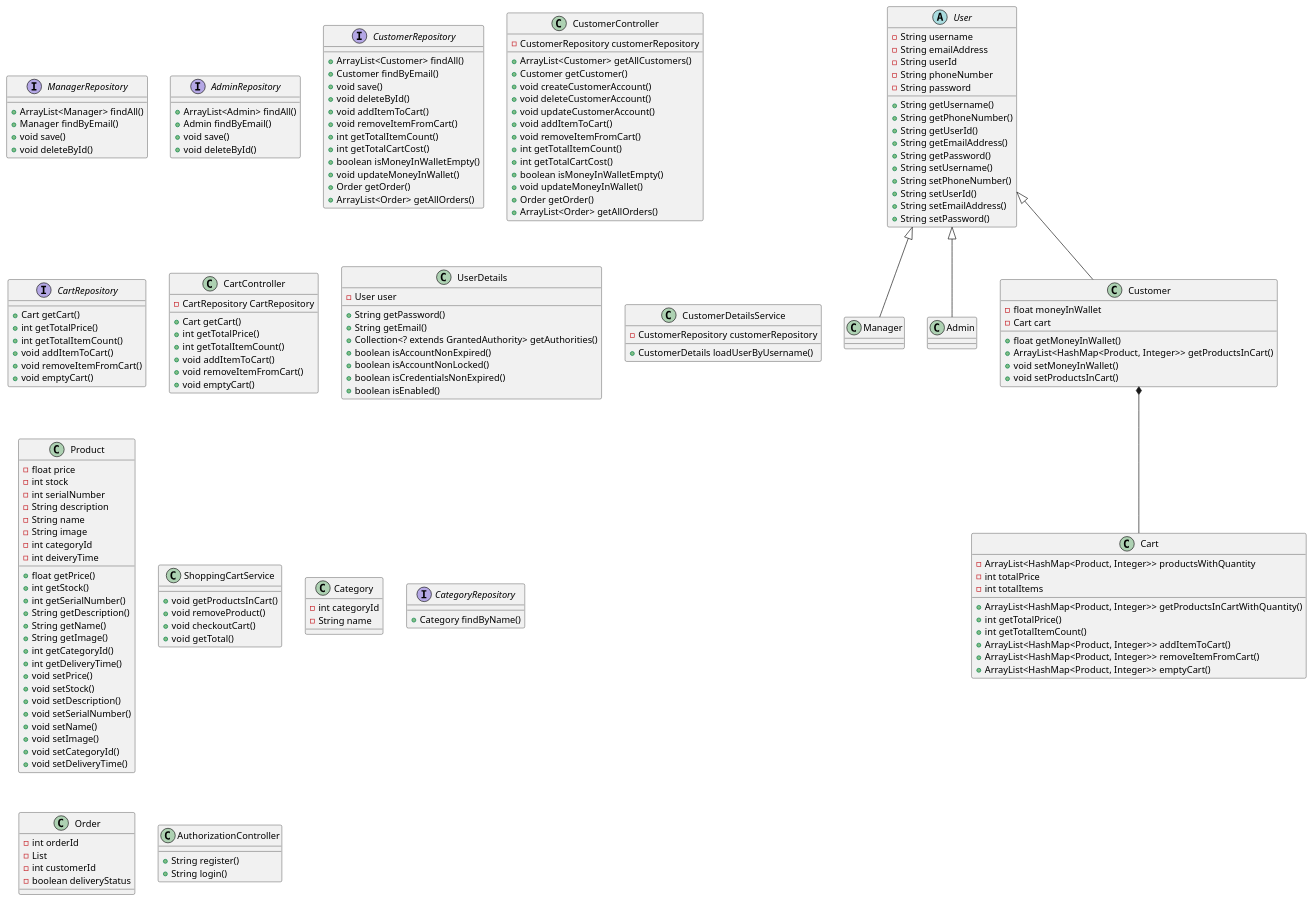
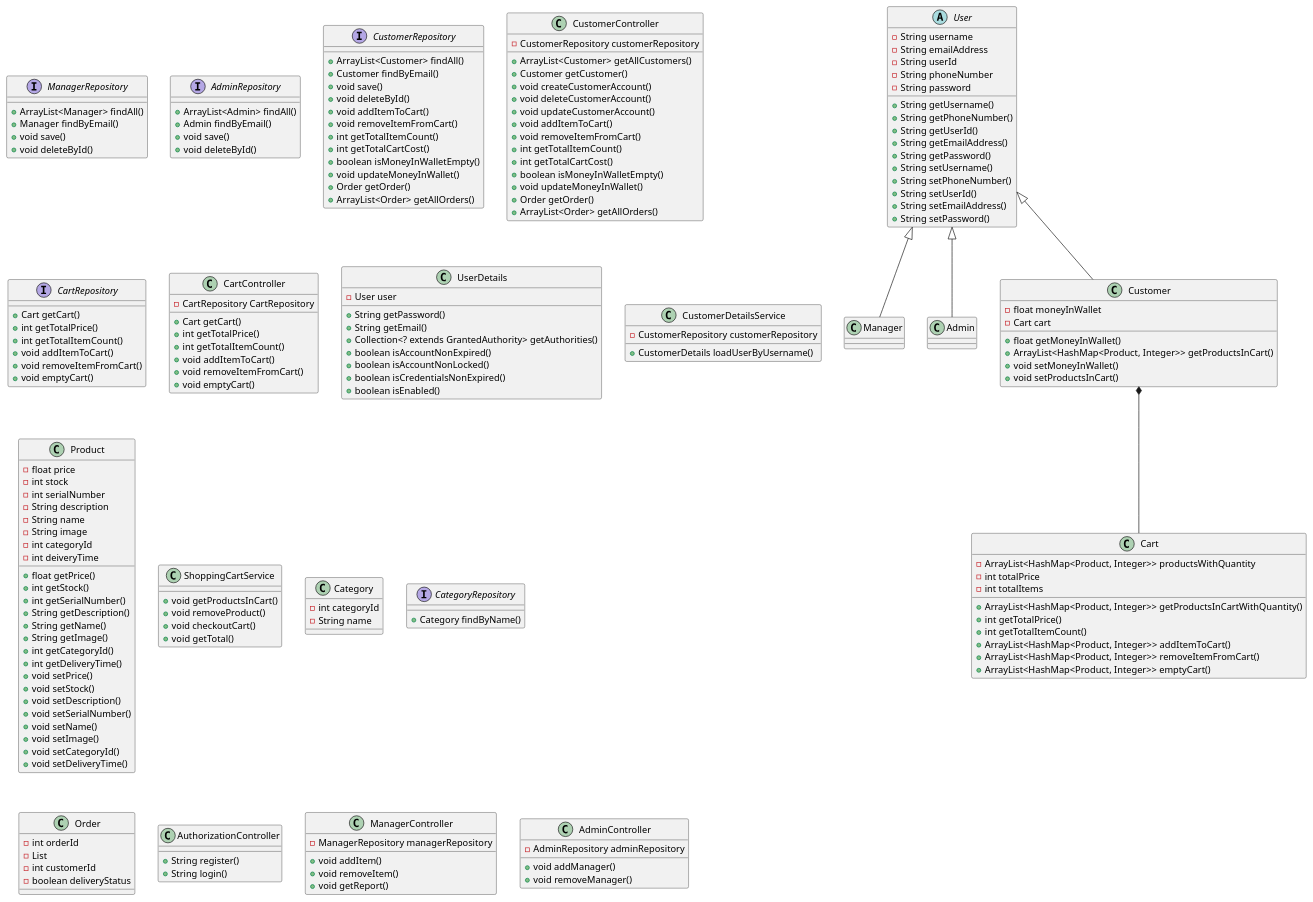
One commit to pnicto/CSF213-Mini-Project changed the diagram in docs/diagrams/src/Backend.wsd. Above: the diagram before and after it, drawn with PlantUML.

Commit message:
Add ManagerController and AdminController

```diff
--- a/docs/diagrams/src/Backend.wsd
+++ b/docs/diagrams/src/Backend.wsd
@@ -85,7 +85,7 @@
 ' This extends JPA repository
 interface CustomerRepository{
   +ArrayList<Customer> findAll()
-	+Customer findByEmail()
+  +Customer findByEmail()
   +void save()
   +void deleteById()
   +void addItemToCart()
@@ -236,4 +236,19 @@
   +String register()
   +String login()
 }
+
+class ManagerController{
+  -ManagerRepository managerRepository
+  +void addItem()
+  +void removeItem()
+  +void getReport()
+  ' how is the report being gotten?
+  ' what will the difference be between the Product methods to update product attributes?
+}
+
+class AdminController{
+    -AdminRepository adminRepository
+    +void addManager()
+    +void removeManager()
+}
 @enduml
```
